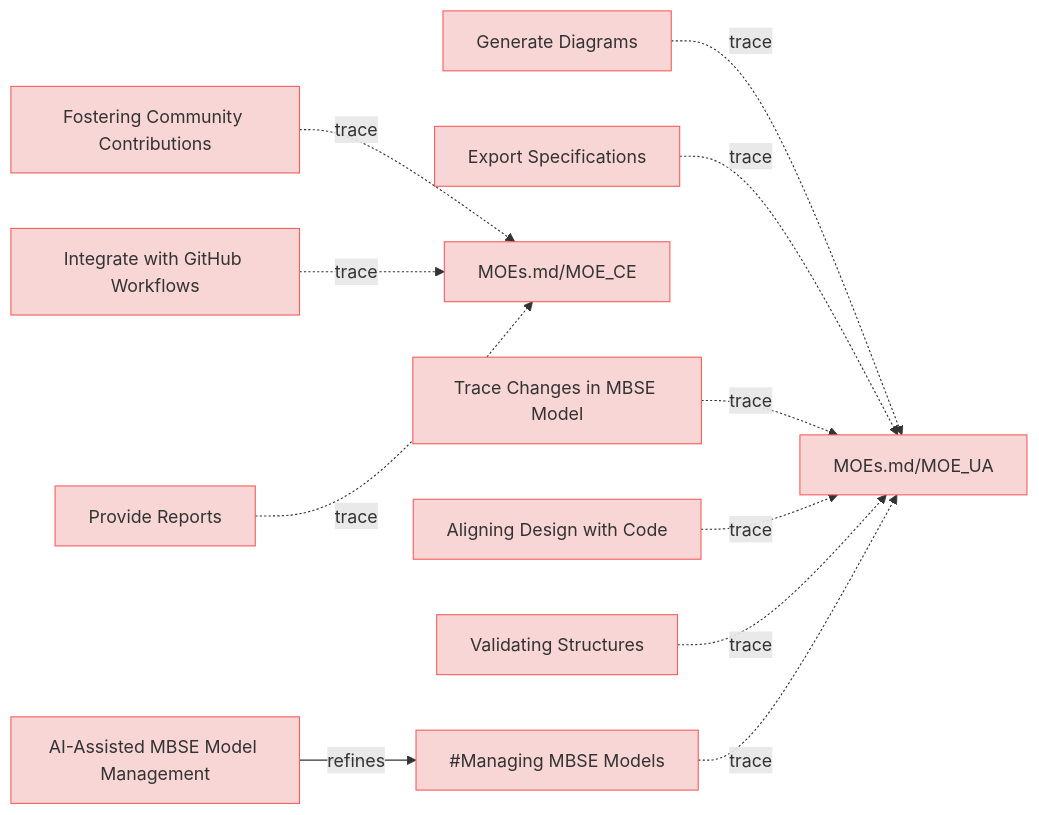
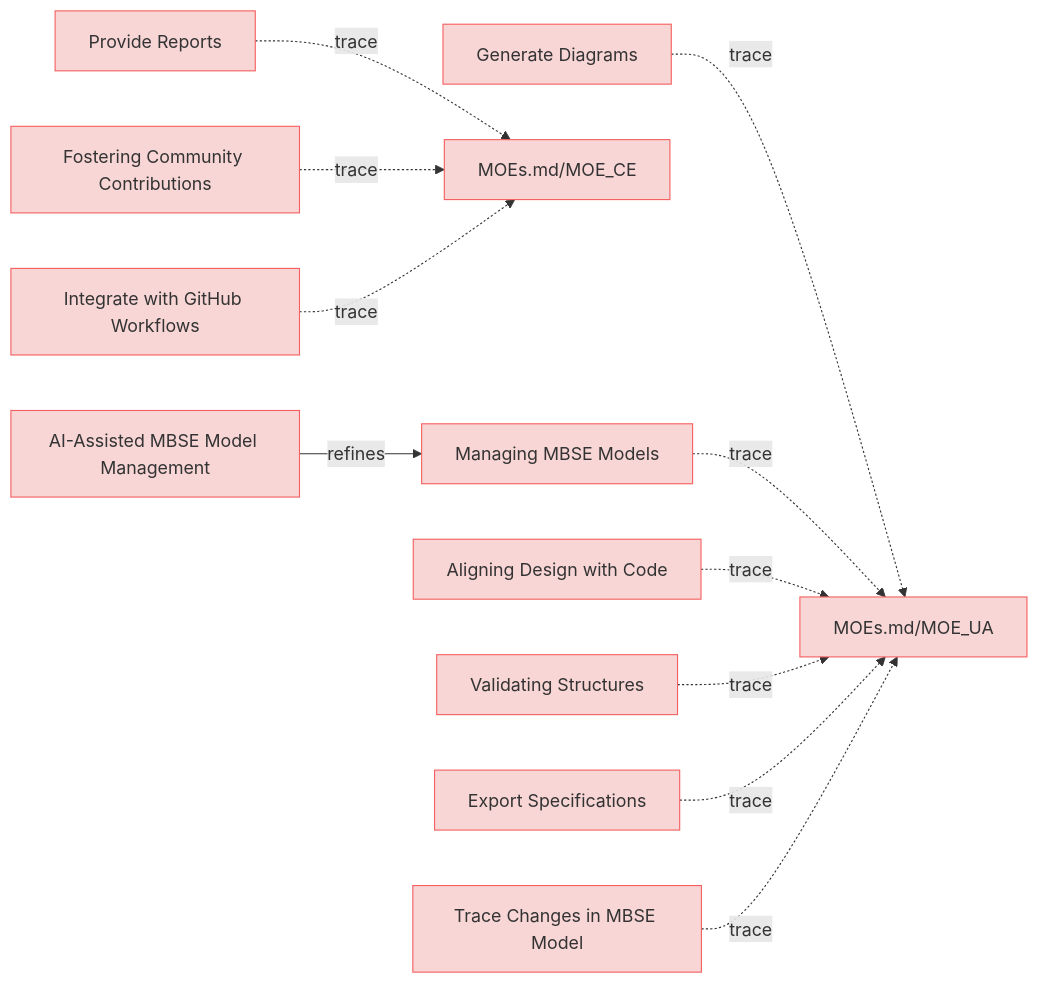
Before and after one commit to reqvire-org/reqvire: the diagram in specifications/UserStories.md, drawn with Mermaid. The commit also changed 37 other files, not shown here.

Commit message:
Allow diagrams with blobs links when configured.

````diff
--- a/specifications/UserStories.md
+++ b/specifications/UserStories.md
@@ -12,55 +12,55 @@
 ```mermaid
 graph LR;
   %% Graph styling
   classDef requirement fill:#f9d6d6,stroke:#f55f5f,stroke-width:1px;
   classDef verification fill:#d6f9d6,stroke:#5fd75f,stroke-width:1px;
   classDef externalLink fill:#d0e0ff,stroke:#3080ff,stroke-width:1px;
   classDef default fill:#f5f5f5,stroke:#333333,stroke-width:1px;
 
-  694c4bb24b10f0c7["Generate Diagrams"];
-  click 694c4bb24b10f0c7 "UserStories.md#generate-diagrams";
-  class 694c4bb24b10f0c7 requirement;
-  6c33f565725d5e41["MOEs.md/MOE_UA"];
-  class 6c33f565725d5e41 requirement;
-  click 6c33f565725d5e41 "MOEs.md#moe_ua";
-  694c4bb24b10f0c7 -.->|trace| 6c33f565725d5e41;
-  3bb2096c4648e3ff["Export Specifications"];
-  click 3bb2096c4648e3ff "UserStories.md#export-specifications";
-  class 3bb2096c4648e3ff requirement;
-  3bb2096c4648e3ff -.->|trace| 6c33f565725d5e41;
-  b7a255ea304a325e["Fostering Community Contributions"];
-  click b7a255ea304a325e "UserStories.md#fostering-community-contributions";
-  class b7a255ea304a325e requirement;
-  ac59f565725d5e41["MOEs.md/MOE_CE"];
-  class ac59f565725d5e41 requirement;
-  click ac59f565725d5e41 "MOEs.md#moe_ce";
-  b7a255ea304a325e -.->|trace| ac59f565725d5e41;
-  8fc677b7413bb247["AI-Assisted MBSE Model Management"];
-  click 8fc677b7413bb247 "UserStories.md#ai-assisted-mbse-model-management";
-  class 8fc677b7413bb247 requirement;
-  c75ac8fa29479ca5["#Managing MBSE Models"];
-  class c75ac8fa29479ca5 requirement;
-  click c75ac8fa29479ca5 "UserStories.md#managing-mbse-models";
-  8fc677b7413bb247 -->|refines| c75ac8fa29479ca5;
-  1563f8454019c887["Integrate with GitHub Workflows"];
-  click 1563f8454019c887 "UserStories.md#integrate-with-github-workflows";
-  class 1563f8454019c887 requirement;
-  1563f8454019c887 -.->|trace| ac59f565725d5e41;
-  2591b90e1fb90daa["Trace Changes in MBSE Model"];
-  click 2591b90e1fb90daa "UserStories.md#trace-changes-in-mbse-model";
-  class 2591b90e1fb90daa requirement;
-  2591b90e1fb90daa -.->|trace| 6c33f565725d5e41;
-  a9bc74070fc71e6d["Aligning Design with Code"];
-  click a9bc74070fc71e6d "UserStories.md#aligning-design-with-code";
-  class a9bc74070fc71e6d requirement;
-  a9bc74070fc71e6d -.->|trace| 6c33f565725d5e41;
-  a0f9571f6563d9d3["Validating Structures"];
-  click a0f9571f6563d9d3 "UserStories.md#validating-structures";
-  class a0f9571f6563d9d3 requirement;
-  a0f9571f6563d9d3 -.->|trace| 6c33f565725d5e41;
-  9cb6618c17d19a11["Provide Reports"];
-  click 9cb6618c17d19a11 "UserStories.md#provide-reports";
-  class 9cb6618c17d19a11 requirement;
-  9cb6618c17d19a11 -.->|trace| ac59f565725d5e41;
-  c75ac8fa29479ca5 -.->|trace| 6c33f565725d5e41;
+  37a5b8e199a838f["Generate Diagrams"];
+  click 37a5b8e199a838f "specifications/UserStories.md#generate-diagrams#generate-diagrams";
+  class 37a5b8e199a838f requirement;
+  2c5f30f14e792200["MOEs.md/MOE_UA"];
+  class 2c5f30f14e792200 requirement;
+  click 2c5f30f14e792200 "specifications/MOEs.md#moe_ua#moe_ua";
+  37a5b8e199a838f -.->|trace| 2c5f30f14e792200;
+  91a0adb0b4d959c4["Provide Reports"];
+  click 91a0adb0b4d959c4 "specifications/UserStories.md#provide-reports#provide-reports";
+  class 91a0adb0b4d959c4 requirement;
+  e9ad540a6411a0fc["MOEs.md/MOE_CE"];
+  class e9ad540a6411a0fc requirement;
+  click e9ad540a6411a0fc "specifications/MOEs.md#moe_ce#moe_ce";
+  91a0adb0b4d959c4 -.->|trace| e9ad540a6411a0fc;
+  e61b7c1baa89bfc6["Managing MBSE Models"];
+  click e61b7c1baa89bfc6 "specifications/UserStories.md#managing-mbse-models#managing-mbse-models";
+  class e61b7c1baa89bfc6 requirement;
+  e61b7c1baa89bfc6 -.->|trace| 2c5f30f14e792200;
+  cd2d5dab49985ca2["AI-Assisted MBSE Model Management"];
+  click cd2d5dab49985ca2 "specifications/UserStories.md#ai-assisted-mbse-model-management#ai-assisted-mbse-model-management";
+  class cd2d5dab49985ca2 requirement;
+  cd2d5dab49985ca2 -->|refines| e61b7c1baa89bfc6;
+  1c32d488dd358c54["Fostering Community Contributions"];
+  click 1c32d488dd358c54 "specifications/UserStories.md#fostering-community-contributions#fostering-community-contributions";
+  class 1c32d488dd358c54 requirement;
+  1c32d488dd358c54 -.->|trace| e9ad540a6411a0fc;
+  855a1b3061c7bcdd["Aligning Design with Code"];
+  click 855a1b3061c7bcdd "specifications/UserStories.md#aligning-design-with-code#aligning-design-with-code";
+  class 855a1b3061c7bcdd requirement;
+  855a1b3061c7bcdd -.->|trace| 2c5f30f14e792200;
+  113748a94885138d["Validating Structures"];
+  click 113748a94885138d "specifications/UserStories.md#validating-structures#validating-structures";
+  class 113748a94885138d requirement;
+  113748a94885138d -.->|trace| 2c5f30f14e792200;
+  b3b899678f557ee9["Export Specifications"];
+  click b3b899678f557ee9 "specifications/UserStories.md#export-specifications#export-specifications";
+  class b3b899678f557ee9 requirement;
+  b3b899678f557ee9 -.->|trace| 2c5f30f14e792200;
+  98eaeddc27f99e11["Integrate with GitHub Workflows"];
+  click 98eaeddc27f99e11 "specifications/UserStories.md#integrate-with-github-workflows#integrate-with-github-workflows";
+  class 98eaeddc27f99e11 requirement;
+  98eaeddc27f99e11 -.->|trace| e9ad540a6411a0fc;
+  5ef9c8ae19a9f55a["Trace Changes in MBSE Model"];
+  click 5ef9c8ae19a9f55a "specifications/UserStories.md#trace-changes-in-mbse-model#trace-changes-in-mbse-model";
+  class 5ef9c8ae19a9f55a requirement;
+  5ef9c8ae19a9f55a -.->|trace| 2c5f30f14e792200;
 ```
````
